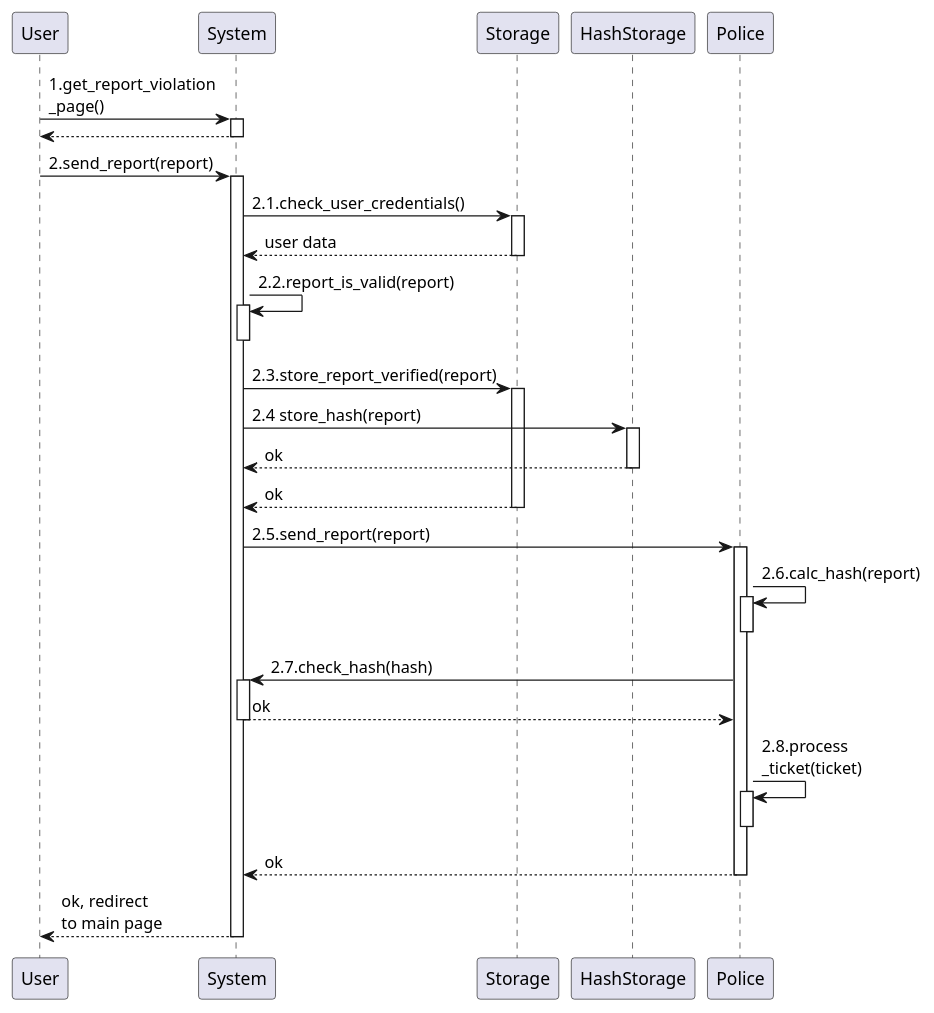
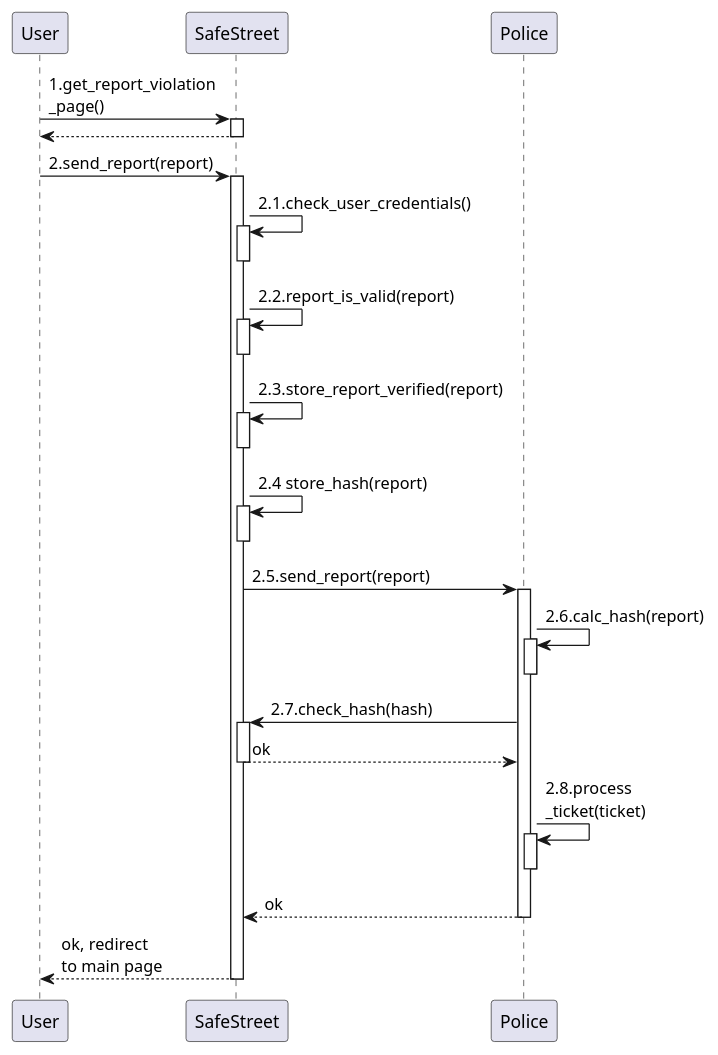
The fourth of 6 diagrams in RASD/materials/uml/useCases/reports.wsd (GiorgioUghini/SafeStreets), drawn with PlantUML before and after one commit. The commit also changed 1 other file, not shown here.

Commit message:
Update automatic tickets use case diagram

```diff
--- a/RASD/materials/uml/useCases/reports.wsd
+++ b/RASD/materials/uml/useCases/reports.wsd
@@ -62,30 +62,28 @@
 @startuml automatic_traffic_ticket
     participant User as U
-    participant System as S
-    participant Storage as ST
-    participant HashStorage as H
+    participant SafeStreet as S
     participant Police as P
 
     autoactivate on
 
     U -> S: 1.get_report_violation\n_page()
     return
     U -> S: 2.send_report(report)
-    S -> ST: 2.1.check_user_credentials()
-    return user data
+    S -> S: 2.1.check_user_credentials()
+    deactivate S
     S -> S: 2.2.report_is_valid(report)
     deactivate S
-    S -> ST: 2.3.store_report_verified(report)
-    S -> H : 2.4 store_hash(report)
-    return ok
-    return ok
+    S -> S: 2.3.store_report_verified(report)
+    deactivate S
+    S -> S : 2.4 store_hash(report)
+    deactivate S
     S -> P: 2.5.send_report(report)
     P -> P: 2.6.calc_hash(report)
     deactivate P
     P -> S : 2.7.check_hash(hash)
     return ok
     P -> P: 2.8.process\n_ticket(ticket)
     deactivate P
     return ok
     return ok, redirect\nto main page
 @enduml
```
